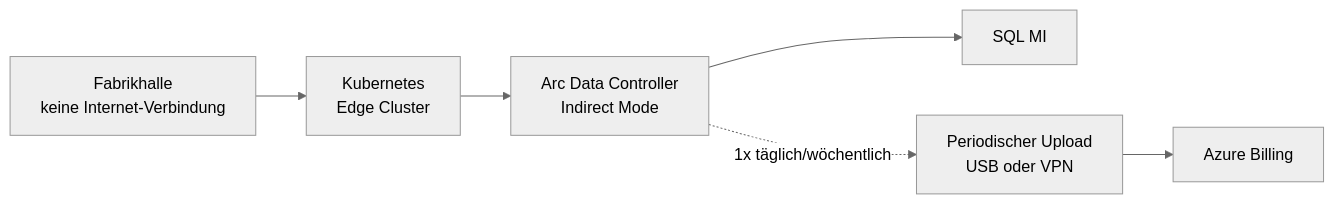
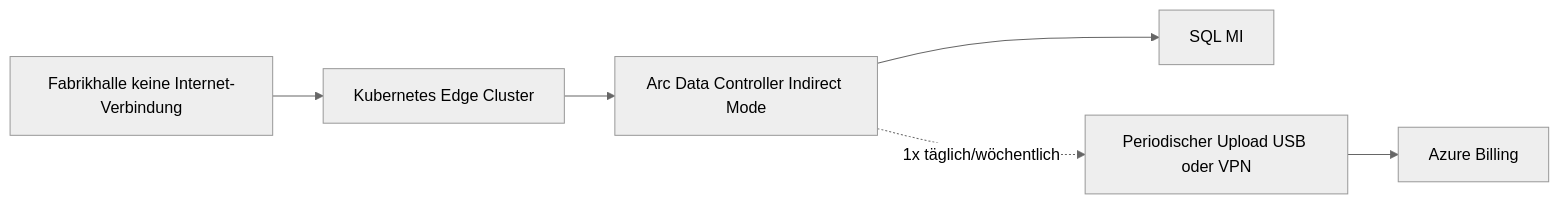
The seventh of 7 diagrams in Microsoft 365/Azure/Arc/Arc-enabled Data Services.md (SoniiiT/notes-n-docs), drawn with Mermaid (neutral theme) before and after one commit. The commit also changed other lines of this file and 124 other files, not shown here.

First line of the commit message:
fix: Entferne \n aus allen Mermaid-Diagrammen (125 Dateien)

````diff
--- a/Microsoft 365/Azure/Arc/Arc-enabled Data Services.md
+++ b/Microsoft 365/Azure/Arc/Arc-enabled Data Services.md
@@ -358,15 +358,15 @@
 ```mermaid
 graph LR
-    FACTORY[Fabrikhalle\nkeine Internet-Verbindung]
-    K8S_EDGE[Kubernetes\nEdge Cluster]
-    ADC[Arc Data Controller\nIndirect Mode]
+    FACTORY[Fabrikhalle keine Internet-Verbindung]
+    K8S_EDGE[Kubernetes Edge Cluster]
+    ADC[Arc Data Controller Indirect Mode]
     SQLMI[SQL MI]
-    PERIODIC[Periodischer Upload\nUSB oder VPN]
+    PERIODIC[Periodischer Upload USB oder VPN]
     AZURE[Azure Billing]
 
     FACTORY --> K8S_EDGE
     K8S_EDGE --> ADC
     ADC --> SQLMI
     ADC -.->|1x täglich/wöchentlich| PERIODIC
     PERIODIC --> AZURE
 ```
````
